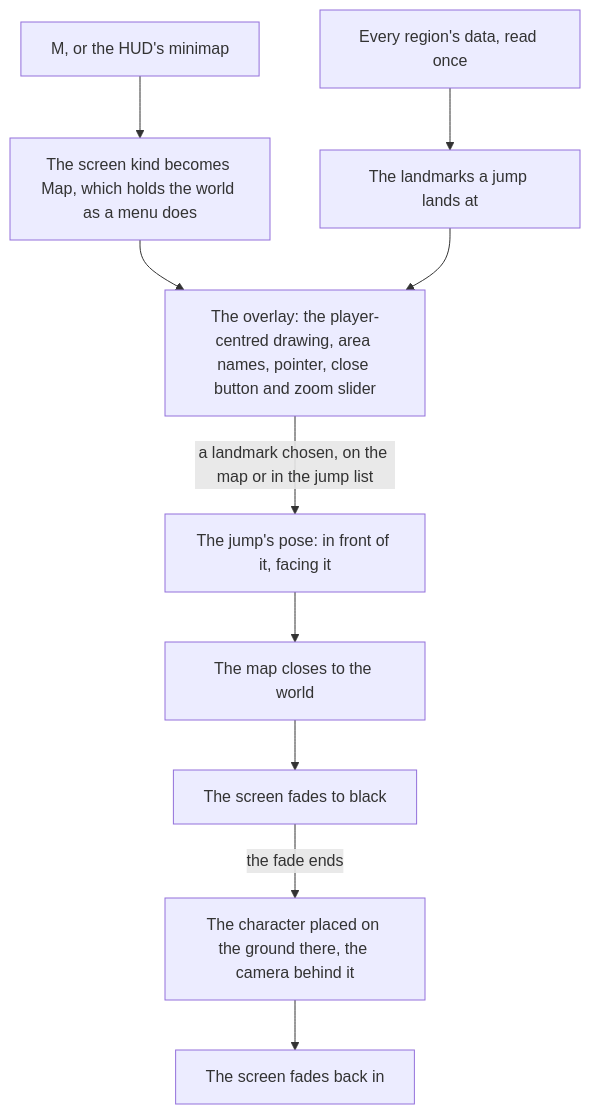
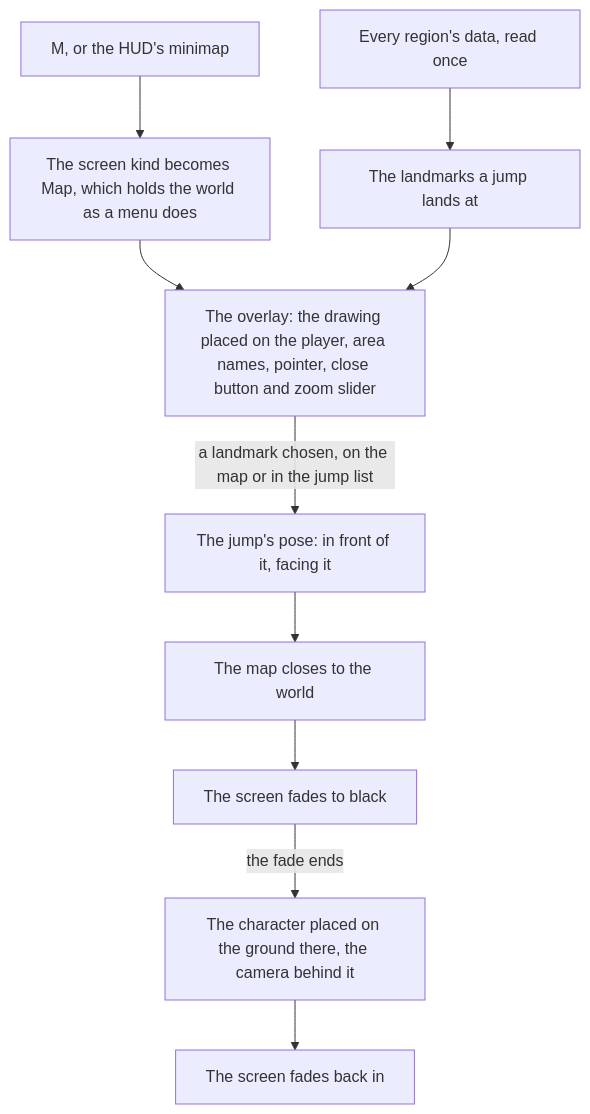
Before and after one commit to Esposter/Esposter: the diagram in apps/web/content/docs/genshin/map.md, drawn with Mermaid. The commit also changed other lines of this file and 3 other files, not shown here.

````diff
--- a/apps/web/content/docs/genshin/map.md
+++ b/apps/web/content/docs/genshin/map.md
@@ -12,12 +12,12 @@
 ```mermaid
 flowchart TD
   M["M, or the HUD's minimap"] --> SCR["The screen kind becomes Map, which holds the world as a menu does"]
-  SCR --> OV["The overlay: the player-centred drawing, area names, pointer, close button and zoom slider"]
+  SCR --> OV["The overlay: the drawing placed on the player, area names, pointer, close button and zoom slider"]
   REG["Every region's data, read once"] --> LM["The landmarks a jump lands at"]
   LM --> OV
   OV -->|"a landmark chosen, on the map or in the jump list"| POSE["The jump's pose: in front of it, facing it"]
   POSE --> CLOSE["The map closes to the world"]
   CLOSE --> FADE["The screen fades to black"]
   FADE -->|"the fade ends"| PLACE["The character placed on the ground there, the camera behind it"]
   PLACE --> IN["The screen fades back in"]
 ```
````
